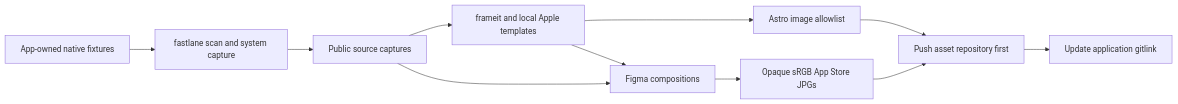
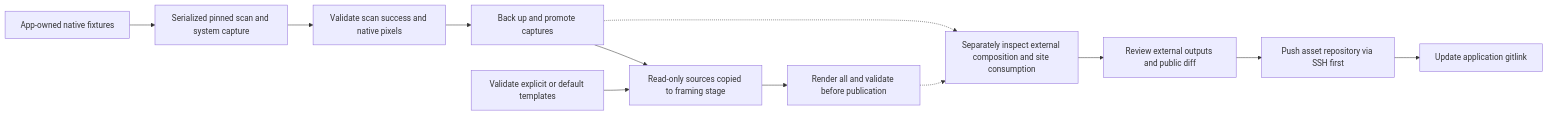
Before and after one commit to AkinoKaede/Termind: the first of 2 diagrams in openwiki/operations/marketing-assets-and-app-icons.md, drawn with Mermaid. The commit also changed other lines of this file and 15 other files, not shown here.

````diff
--- a/openwiki/operations/marketing-assets-and-app-icons.md
+++ b/openwiki/operations/marketing-assets-and-app-icons.md
@@ -118,13 +95,14 @@
 ```mermaid
 flowchart LR
-    Fixtures[App-owned native fixtures] --> Scan[fastlane scan and system capture]
-    Scan --> Captures[Public source captures]
-    Captures --> Frames[frameit and local Apple templates]
-    Frames --> Website[Astro image allowlist]
-    Captures --> Figma[Figma compositions]
-    Frames --> Figma
-    Figma --> Store[Opaque sRGB App Store JPGs]
-    Website --> Public[Push asset repository first]
-    Store --> Public
-    Public --> Gitlink[Update application gitlink]
+    Fixtures[App-owned native fixtures] --> Scan[Serialized pinned scan and system capture]
+    Scan --> Validate[Validate scan success and native pixels]
+    Validate --> Captures[Back up and promote captures]
+    Captures --> Stage[Read-only sources copied to framing stage]
+    Templates[Validate explicit or default templates] --> Stage
+    Stage --> Frames[Render all and validate before publication]
+    Captures -.-> External[Separately inspect external composition and site consumption]
+    Frames -.-> External
+    External --> Review[Review external outputs and public diff]
+    Review --> Push[Push asset repository via SSH first]
+    Push --> Gitlink[Update application gitlink]
 ```
````
